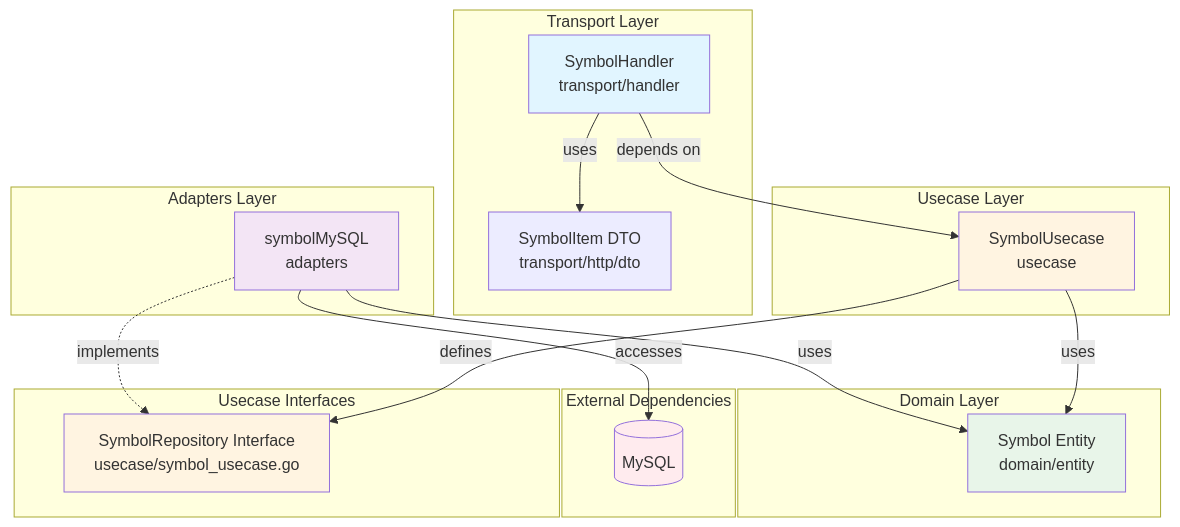
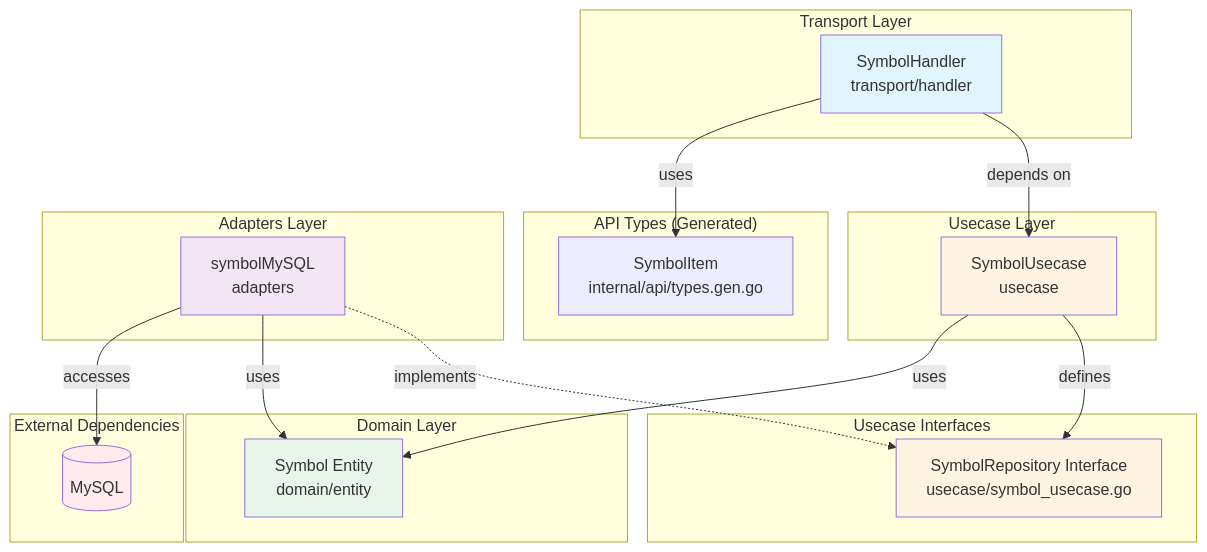
One commit to UCHIDAnobuhiro/stock_backend changed the second of 2 diagrams in internal/feature/symbollist/README.md. Above: the diagram before and after it, drawn with Mermaid. The commit also changed other lines of this file and 6 other files, not shown here.

````diff
--- a/internal/feature/symbollist/README.md
+++ b/internal/feature/symbollist/README.md
@@ -80,42 +80,45 @@
 ```mermaid
 graph TB
     subgraph "Transport Layer"
         Handler[SymbolHandler<br/>transport/handler]
-        DTO[SymbolItem DTO<br/>transport/http/dto]
+    end
+
+    subgraph "API Types (Generated)"
+        APITypes[SymbolItem<br/>internal/api/types.gen.go]
     end
 
     subgraph "Usecase Layer"
         Usecase[SymbolUsecase<br/>usecase]
     end
 
     subgraph "Domain Layer"
         Entity[Symbol Entity<br/>domain/entity]
     end
 
     subgraph "Usecase Interfaces"
         RepoInterface[SymbolRepository Interface<br/>usecase/symbol_usecase.go]
     end
 
     subgraph "Adapters Layer"
         RepoImpl[symbolMySQL<br/>adapters]
     end
 
     subgraph "External Dependencies"
         DB[(MySQL)]
     end
 
     Handler -->|depends on| Usecase
-    Handler -->|uses| DTO
+    Handler -->|uses| APITypes
     Usecase -->|defines| RepoInterface
     Usecase -->|uses| Entity
     RepoImpl -.->|implements| RepoInterface
     RepoImpl -->|uses| Entity
     RepoImpl -->|accesses| DB
 
     style Handler fill:#e1f5ff
     style Usecase fill:#fff4e1
     style Entity fill:#e8f5e9
     style RepoInterface fill:#fff4e1
     style RepoImpl fill:#f3e5f5
     style DB fill:#ffebee
 ```
````
